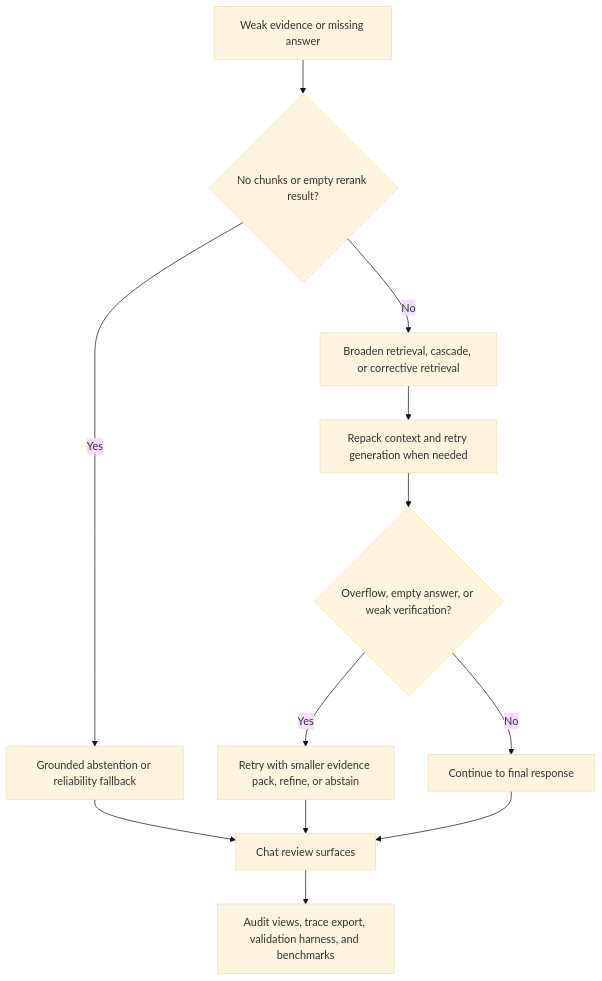
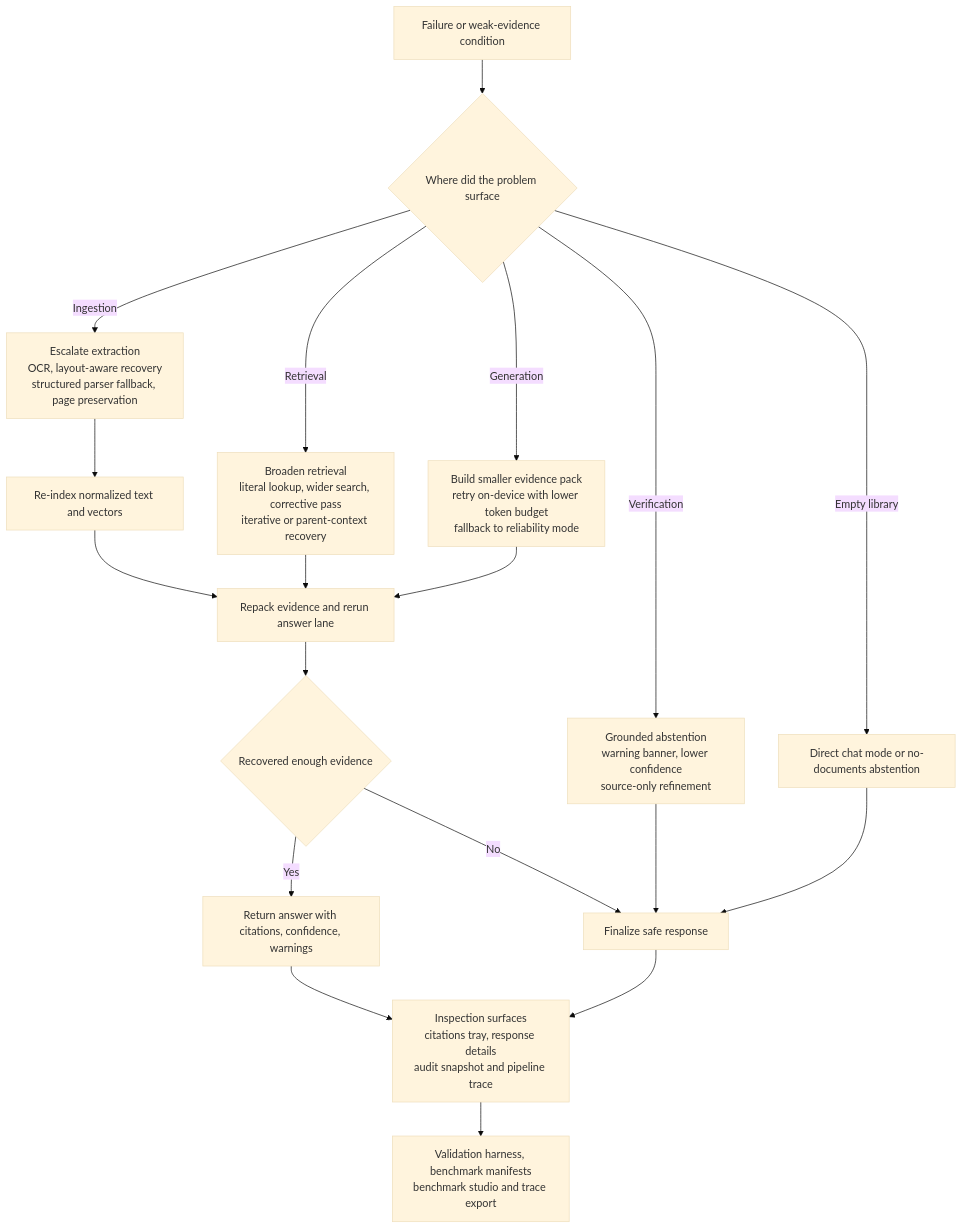
One commit to Gunnarguy/OpenIntelligence changed the sixth of 6 diagrams in README.md. Above: the diagram before and after it, drawn with Mermaid (base theme). The commit also changed other lines of this file and 1 other file, not shown here.

First line of the commit message:
Clarifies import vs query pipeline routing

````diff
--- a/README.md
+++ b/README.md
@@ -221,14 +374,21 @@
 ```mermaid
 flowchart TD
-   A[Weak evidence or missing answer] --> B{No chunks or empty rerank result?}
-   B -- Yes --> C[Grounded abstention or reliability fallback]
-   B -- No --> D[Broaden retrieval, cascade, or corrective retrieval]
-   D --> E[Repack context and retry generation when needed]
-   E --> F{Overflow, empty answer, or weak verification?}
-   F -- Yes --> G[Retry with smaller evidence pack, refine, or abstain]
-   F -- No --> H[Continue to final response]
-   C --> I[Chat review surfaces]
-   G --> I
+   A[Failure or weak-evidence condition] --> B{Where did the problem surface}
+   B -- Ingestion --> C[Escalate extraction<br/>OCR, layout-aware recovery<br/>structured parser fallback, page preservation]
+   B -- Retrieval --> D[Broaden retrieval<br/>literal lookup, wider search, corrective pass<br/>iterative or parent-context recovery]
+   B -- Generation --> E[Build smaller evidence pack<br/>retry on-device with lower token budget<br/>fallback to reliability mode]
+   B -- Verification --> F[Grounded abstention<br/>warning banner, lower confidence<br/>source-only refinement]
+   B -- Empty library --> G[Direct chat mode or no-documents abstention]
+   C --> H[Re-index normalized text and vectors]
+   D --> I[Repack evidence and rerun answer lane]
+   E --> I
+   F --> J[Finalize safe response]
+   G --> J
    H --> I
-   I --> J[Audit views, trace export, validation harness, and benchmarks]
+   I --> K{Recovered enough evidence}
+   K -- Yes --> L[Return answer with citations, confidence, warnings]
+   K -- No --> J
+   L --> M[Inspection surfaces<br/>citations tray, response details<br/>audit snapshot and pipeline trace]
+   J --> M
+   M --> N[Validation harness, benchmark manifests<br/>benchmark studio and trace export]
 ```
````
